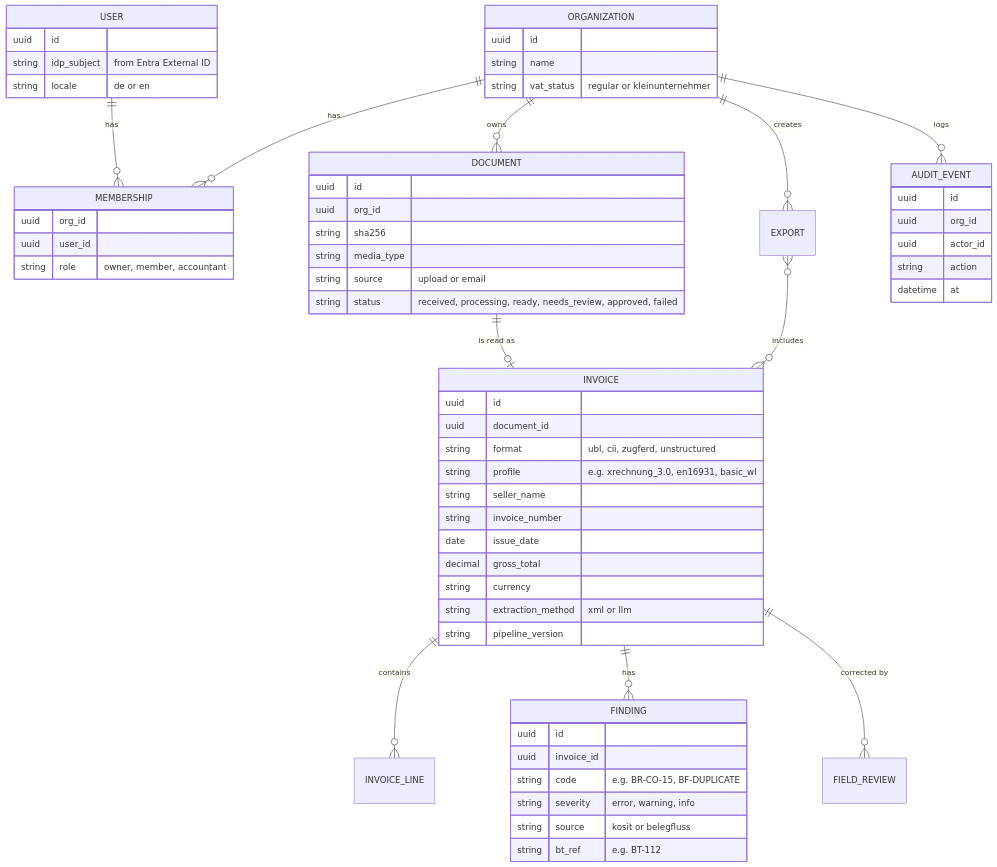
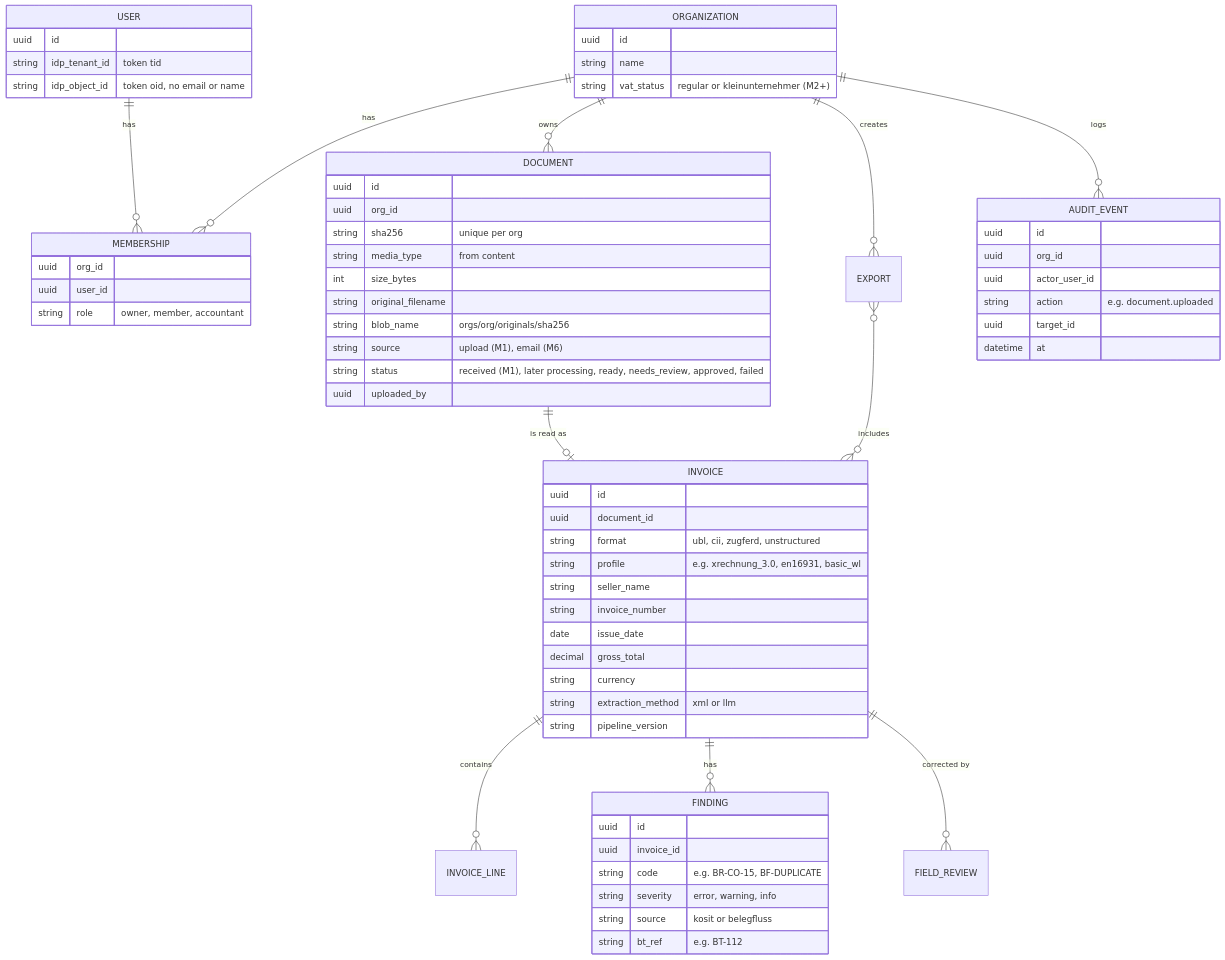
Before and after one commit to LomadaDharmateja/belegfluss: the fifth of 8 diagrams in docs/ARCHITECTURE.md, drawn with Mermaid. The commit also changed other lines of this file and 9 other files, not shown here.

Commit message:
docs: add M1 milestone doc and claims audit; update ADRs, architecture, costs, README

````diff
--- a/docs/ARCHITECTURE.md
+++ b/docs/ARCHITECTURE.md
@@ -193,65 +198,70 @@
 ```mermaid
 erDiagram
     ORGANIZATION ||--o{ MEMBERSHIP : has
     USER ||--o{ MEMBERSHIP : has
     ORGANIZATION ||--o{ DOCUMENT : owns
     DOCUMENT ||--o| INVOICE : "is read as"
     INVOICE ||--o{ INVOICE_LINE : contains
     INVOICE ||--o{ FINDING : has
     INVOICE ||--o{ FIELD_REVIEW : "corrected by"
     ORGANIZATION ||--o{ EXPORT : creates
     EXPORT }o--o{ INVOICE : includes
     ORGANIZATION ||--o{ AUDIT_EVENT : logs
 
     ORGANIZATION {
         uuid id
         string name
-        string vat_status "regular or kleinunternehmer"
+        string vat_status "regular or kleinunternehmer (M2+)"
     }
     USER {
         uuid id
-        string idp_subject "from Entra External ID"
-        string locale "de or en"
+        string idp_tenant_id "token tid"
+        string idp_object_id "token oid, no email or name"
     }
     MEMBERSHIP {
         uuid org_id
         uuid user_id
         string role "owner, member, accountant"
     }
     DOCUMENT {
         uuid id
         uuid org_id
-        string sha256
-        string media_type
-        string source "upload or email"
-        string status "received, processing, ready, needs_review, approved, failed"
+        string sha256 "unique per org"
+        string media_type "from content"
+        int size_bytes
+        string original_filename
+        string blob_name "orgs/org/originals/sha256"
+        string source "upload (M1), email (M6)"
+        string status "received (M1), later processing, ready, needs_review, approved, failed"
+        uuid uploaded_by
     }
     INVOICE {
         uuid id
         uuid document_id
         string format "ubl, cii, zugferd, unstructured"
         string profile "e.g. xrechnung_3.0, en16931, basic_wl"
         string seller_name
         string invoice_number
         date issue_date
         decimal gross_total
         string currency
         string extraction_method "xml or llm"
         string pipeline_version
     }
     FINDING {
         uuid id
         uuid invoice_id
         string code "e.g. BR-CO-15, BF-DUPLICATE"
         string severity "error, warning, info"
         string source "kosit or belegfluss"
         string bt_ref "e.g. BT-112"
     }
     AUDIT_EVENT {
         uuid id
         uuid org_id
-        uuid actor_id
-        string action
+        uuid actor_user_id
+        string action "e.g. document.uploaded"
+        uuid target_id
         datetime at
     }
 ```
````
